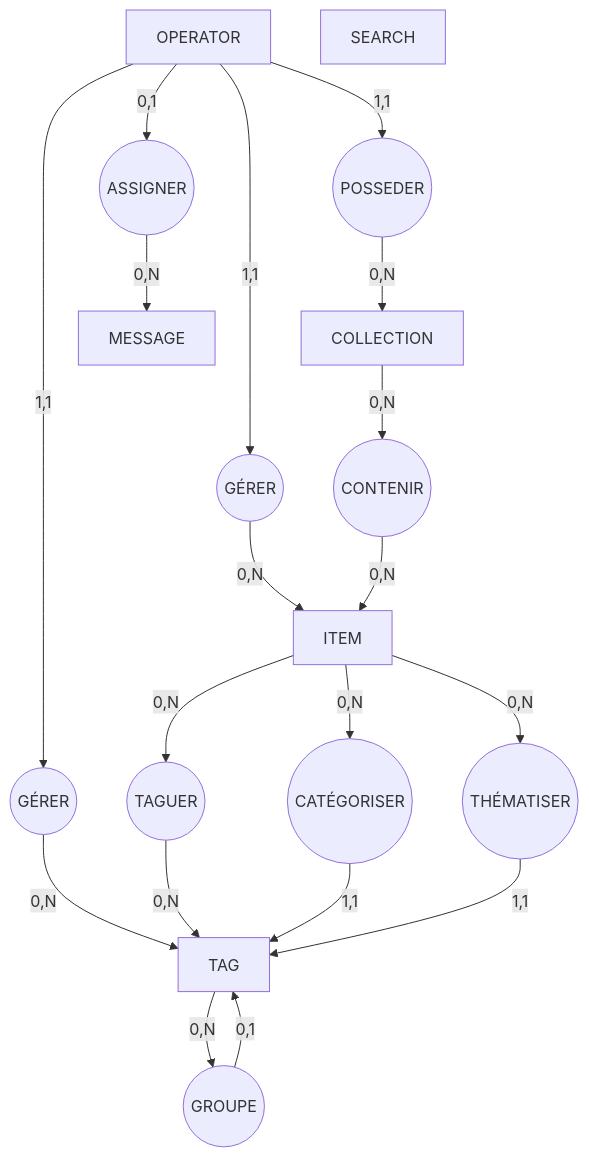
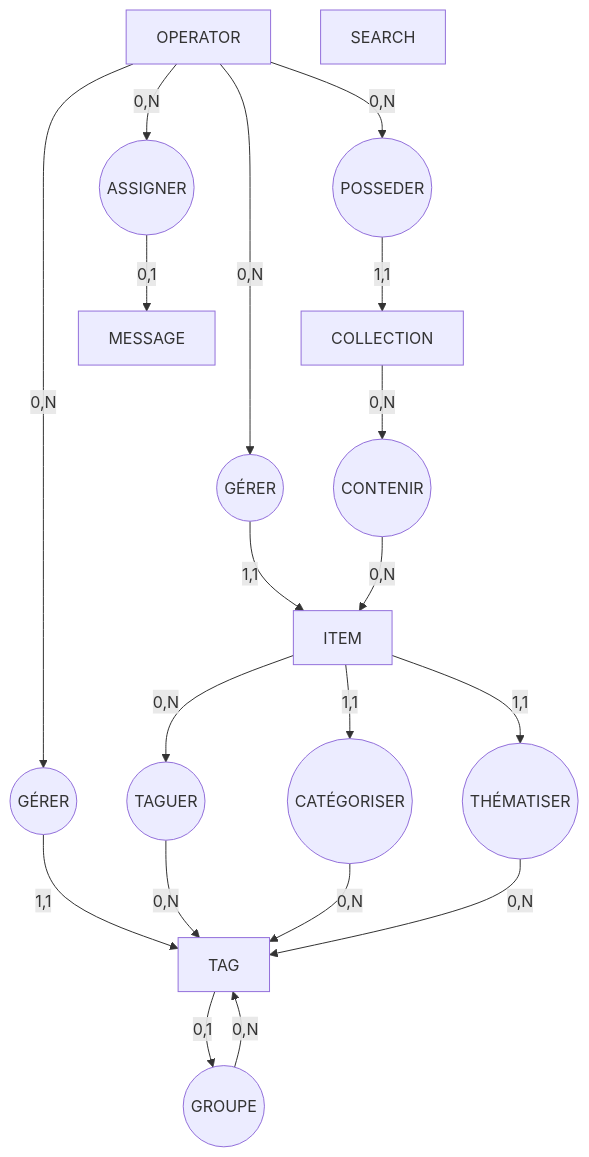
The diagram in assets/MCD.mermaid (EFP-DEV/1-X75-Atelier), drawn with Mermaid before and after one commit.

Commit message:
Update cardinality in MCD.mermaid relationships

```diff
--- a/assets/MCD.mermaid
+++ b/assets/MCD.mermaid
@@ -1,44 +1,44 @@
 graph TD
     OPERATOR["OPERATOR"]
     ITEM["ITEM"]
     TAG["TAG"]
     COLLECTION["COLLECTION"]
     SEARCH["SEARCH"]
     MESSAGE["MESSAGE"]
 
     GERER_ITEM(("GÉRER"))
     POSSEDER(("POSSEDER"))
     ASSIGNER(("ASSIGNER"))
     TAGUER(("TAGUER"))
     CONTENIR(("CONTENIR"))
     GERER_TAG(("GÉRER"))
     CATEGORISER(("CATÉGORISER"))
     THEMATISER(("THÉMATISER"))
     GROUPER(("GROUPE"))
 
-    OPERATOR -->|"1,1"| GERER_ITEM
-    GERER_ITEM -->|"0,N"| ITEM
+    OPERATOR -->|"0,N"| GERER_ITEM
+    GERER_ITEM -->|"1,1"| ITEM
 
-    OPERATOR -->|"1,1"| GERER_TAG
-    GERER_TAG -->|"0,N"| TAG
+    OPERATOR -->|"0,N"| GERER_TAG
+    GERER_TAG -->|"1,1"| TAG
 
-    OPERATOR -->|"1,1"| POSSEDER
-    POSSEDER -->|"0,N"| COLLECTION
+    OPERATOR -->|"0,N"| POSSEDER
+    POSSEDER -->|"1,1"| COLLECTION
 
-    OPERATOR -->|"0,1"| ASSIGNER
-    ASSIGNER -->|"0,N"| MESSAGE
+    OPERATOR -->|"0,N"| ASSIGNER
+    ASSIGNER -->|"0,1"| MESSAGE
 
     ITEM     -->|"0,N"| TAGUER
     TAGUER   -->|"0,N"| TAG
 
     COLLECTION -->|"0,N"| CONTENIR
     CONTENIR   -->|"0,N"| ITEM
 
-    ITEM -->|"0,N"| CATEGORISER
-    CATEGORISER -->|"1,1"| TAG
+    ITEM -->|"1,1"| CATEGORISER
+    CATEGORISER -->|"0,N"| TAG
 
-    ITEM -->|"0,N"| THEMATISER
-    THEMATISER -->|"1,1"| TAG
+    ITEM -->|"1,1"| THEMATISER
+    THEMATISER -->|"0,N"| TAG
 
-    TAG -->|"0,N"| GROUPER 
-    GROUPER -->|"0,1"| TAG 
+    TAG -->|"0,1"| GROUPER 
+    GROUPER -->|"0,N"| TAG 
```
